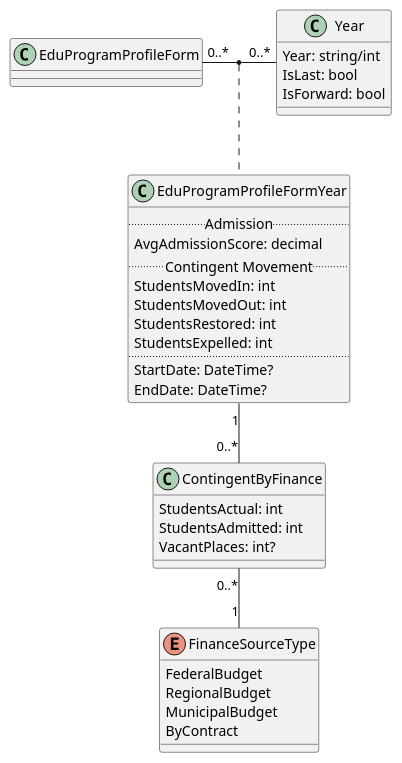
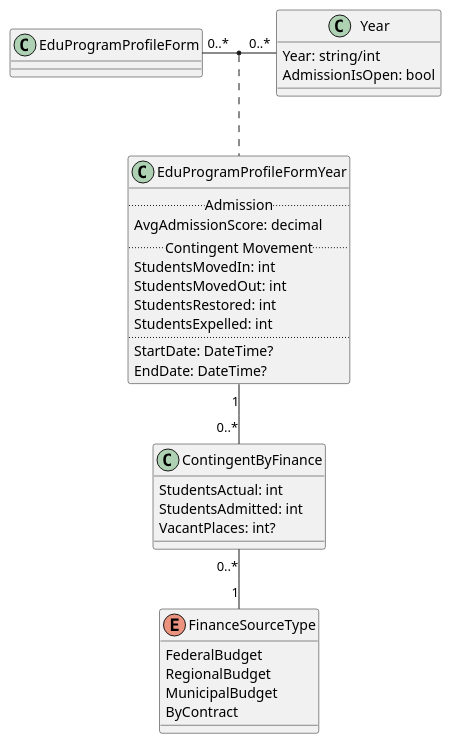
The diagram in doc/Contingent.puml (r7-labs/R7.University), drawn with PlantUML before and after one commit. The commit also changed 17 other files, not shown here.

```diff
--- a/doc/Contingent.puml
+++ b/doc/Contingent.puml
@@ -1,41 +1,40 @@
 @startuml Contingent
 
 EduProgramProfileForm "0..*" - "0..*" Year
 (EduProgramProfileForm, Year) .. EduProgramProfileFormYear 
 
 ContingentByFinance "0..*" -- "1" FinanceSourceType
 EduProgramProfileFormYear "1" -- "0..*" ContingentByFinance
 
 class EduProgramProfileFormYear {
     .. Admission ..
     AvgAdmissionScore: decimal
     .. Contingent Movement ..
     StudentsMovedIn: int
     StudentsMovedOut: int
     StudentsRestored: int
     StudentsExpelled: int
     ..
     StartDate: DateTime?
     EndDate: DateTime?
 }
 
 class ContingentByFinance {
     StudentsActual: int
     StudentsAdmitted: int
     VacantPlaces: int?
 }
 
 class Year {
     Year: string/int
-    IsLast: bool
-    IsForward: bool
+    AdmissionIsOpen: bool
 }
 
 enum FinanceSourceType {
     FederalBudget
     RegionalBudget
     MunicipalBudget
     ByContract
 }
 
 @enduml
```
